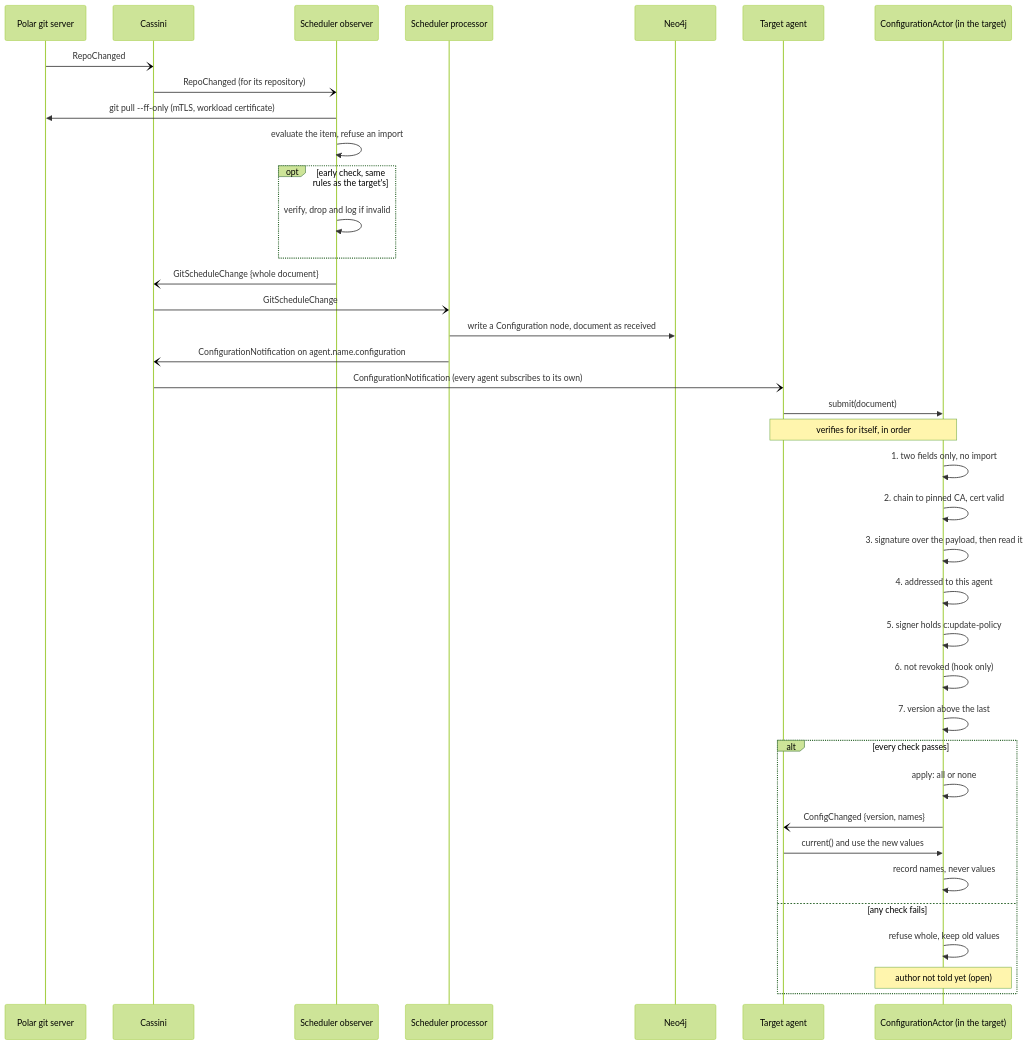
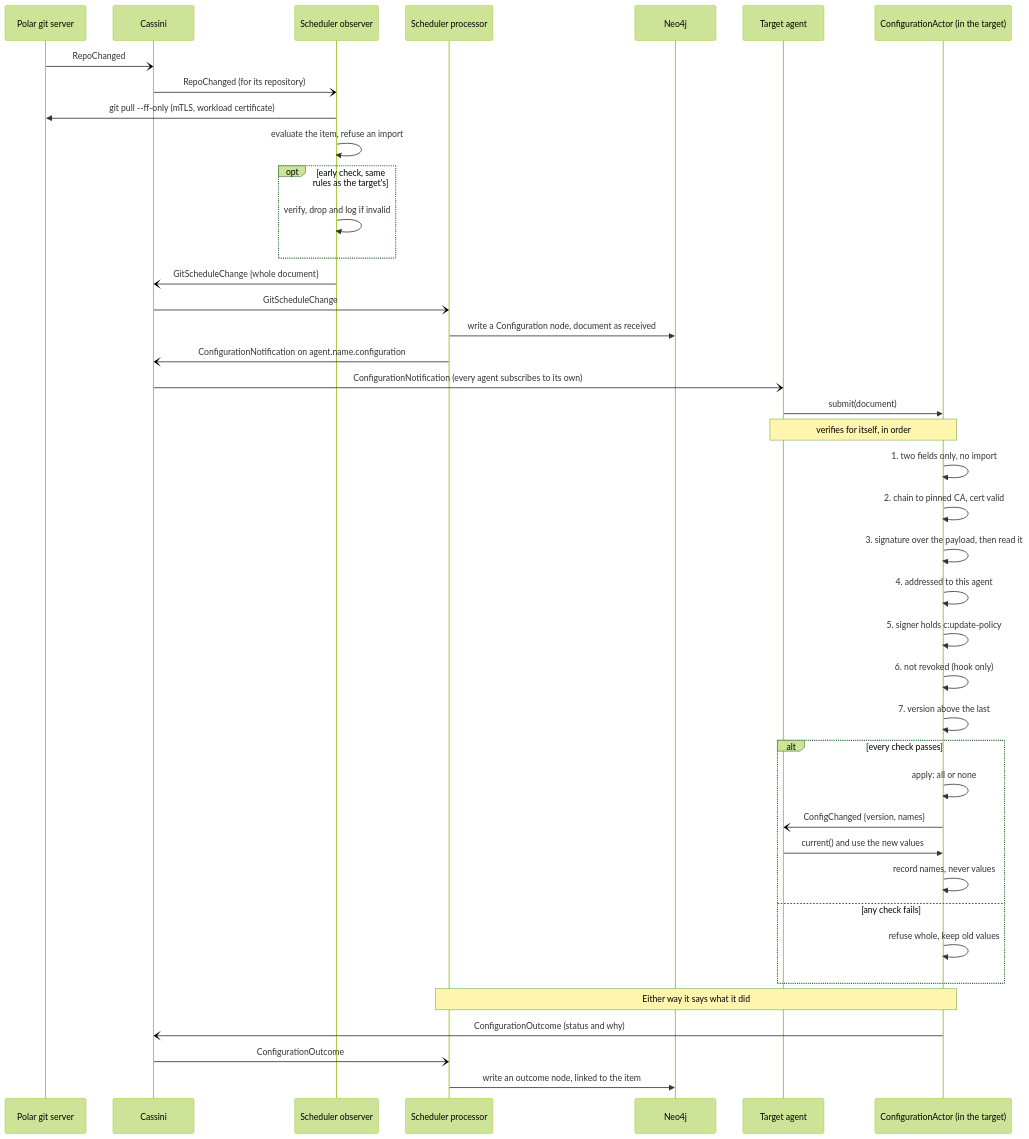
Before and after one commit to cmu-sei/Polar: the diagram in docs/architecture/sequences/general/signed_configuration_delivery.mmd, drawn with Mermaid (forest theme). The commit also changed 12 other files, not shown here.

First line of the commit message:
feat(scheduler): agents say what they did with a signed document, and the graph records it

```diff
--- a/docs/architecture/sequences/general/signed_configuration_delivery.mmd
+++ b/docs/architecture/sequences/general/signed_configuration_delivery.mmd
@@ -1,40 +1,43 @@
 sequenceDiagram
     participant Server as Polar git server
     participant Cassini
     participant Observer as Scheduler observer
     participant Processor as Scheduler processor
     participant Graph as Neo4j
     participant Target as Target agent
     participant CA as ConfigurationActor (in the target)
 
     Server-)Cassini: RepoChanged
     Cassini-)Observer: RepoChanged (for its repository)
     Observer->>Server: git pull --ff-only (mTLS, workload certificate)
     Observer->>Observer: evaluate the item, refuse an import
     opt early check, same rules as the target's
         Observer->>Observer: verify, drop and log if invalid
     end
     Observer-)Cassini: GitScheduleChange {whole document}
     Cassini-)Processor: GitScheduleChange
     Processor->>Graph: write a Configuration node, document as received
     Processor-)Cassini: ConfigurationNotification on agent.name.configuration
     Cassini-)Target: ConfigurationNotification (every agent subscribes to its own)
     Target->>CA: submit(document)
 
     Note over Target,CA: verifies for itself, in order
     CA->>CA: 1. two fields only, no import
     CA->>CA: 2. chain to pinned CA, cert valid
     CA->>CA: 3. signature over the payload, then read it
     CA->>CA: 4. addressed to this agent
     CA->>CA: 5. signer holds c:update-policy
     CA->>CA: 6. not revoked (hook only)
     CA->>CA: 7. version above the last
     alt every check passes
         CA->>CA: apply: all or none
         CA-)Target: ConfigChanged {version, names}
         Target->>CA: current() and use the new values
         CA->>CA: record names, never values
     else any check fails
         CA->>CA: refuse whole, keep old values
-        Note over CA: author not told yet (open)
     end
+    Note over CA,Processor: Either way it says what it did
+    CA-)Cassini: ConfigurationOutcome (status and why)
+    Cassini-)Processor: ConfigurationOutcome
+    Processor->>Graph: write an outcome node, linked to the item
```
